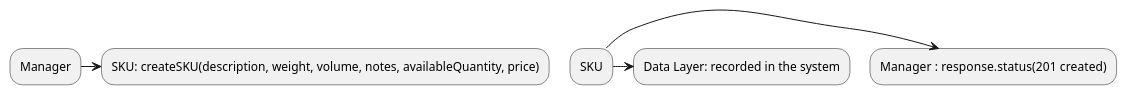
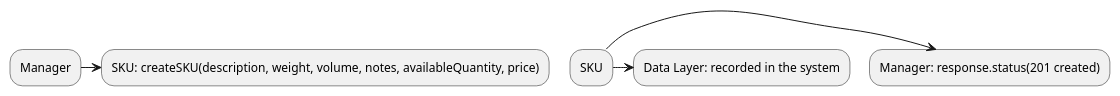
Before and after one commit to robsanity/JavascriptBackEndProjectAndTesting: the second of 5 diagrams in DesignDocument.md, drawn with PlantUML.

````diff
--- a/DesignDocument.md
+++ b/DesignDocument.md
@@ -246,5 +246,5 @@
 ```plantuml
 Manager -> SKU: createSKU(description, weight, volume, notes, availableQuantity, price)
-SKU ->Manager  : response.status(201 created)
-SKU ->Data Layer: recorded in the system 
+SKU -> Manager: response.status(201 created)
+SKU -> Data Layer: recorded in the system 
 ```
````
